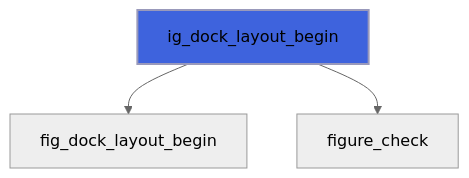
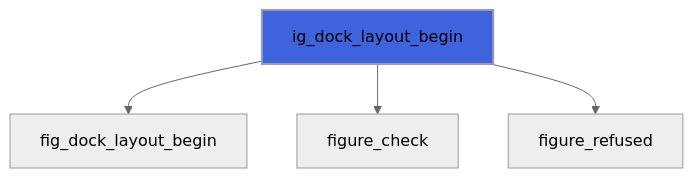
Before and after one commit to szaghi/figure: the ninth of 9 diagrams in docs/api/src/lib/figure_dock.md, drawn with Mermaid (neutral theme). The commit also changed other lines of this file and 10 other files, not shown here.

````diff
--- a/docs/api/src/lib/figure_dock.md
+++ b/docs/api/src/lib/figure_dock.md
@@ -259,6 +278,7 @@
 ```mermaid
 flowchart TD
   ig_dock_layout_begin["ig_dock_layout_begin"] --> fig_dock_layout_begin["fig_dock_layout_begin"]
   ig_dock_layout_begin["ig_dock_layout_begin"] --> figure_check["figure_check"]
+  ig_dock_layout_begin["ig_dock_layout_begin"] --> figure_refused["figure_refused"]
   style ig_dock_layout_begin fill:#3e63dd,stroke:#99b,stroke-width:2px
 ```
````
